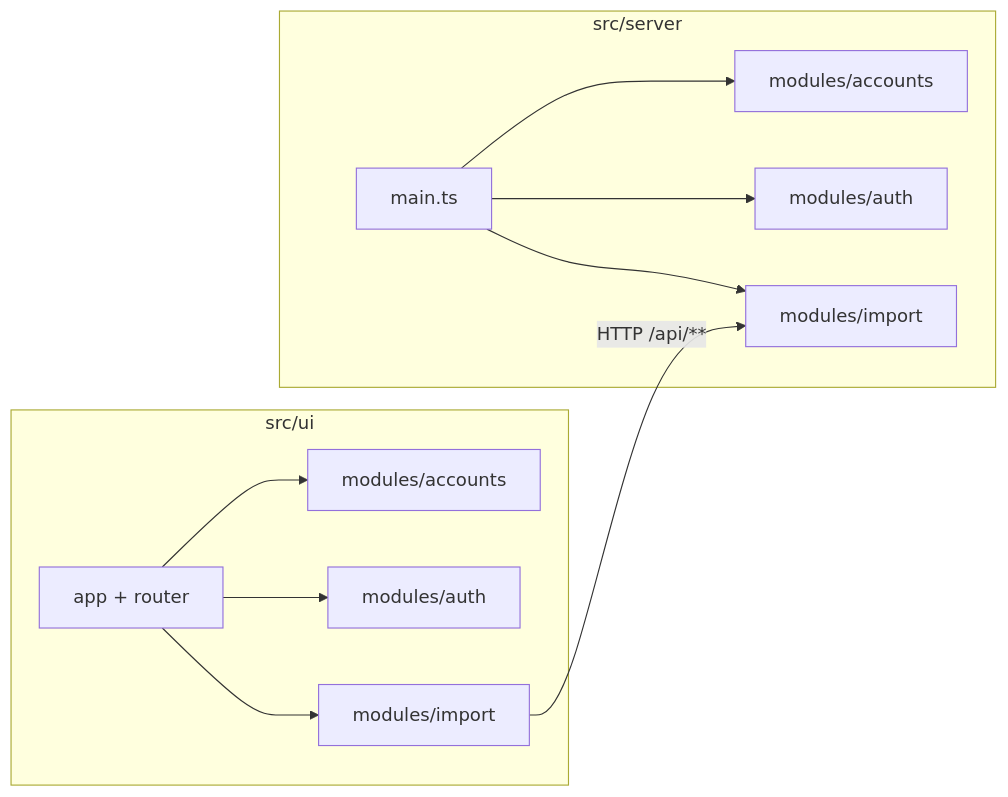
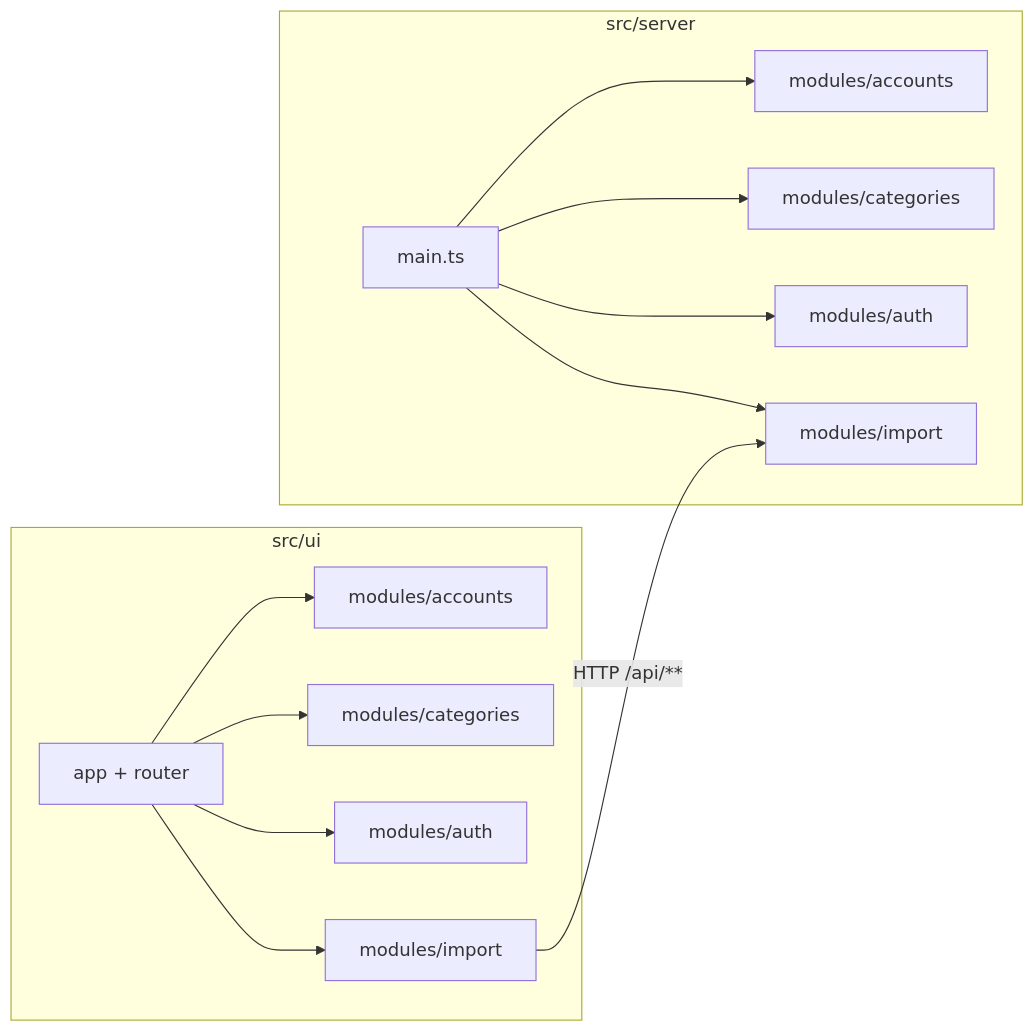
Before and after one commit to omarcovelho/mao-de-vaca: the second of 5 diagrams in docs/ARCHITECTURE.md, drawn with Mermaid. The commit also changed other lines of this file and 4 other files, not shown here.

````diff
--- a/docs/ARCHITECTURE.md
+++ b/docs/ARCHITECTURE.md
@@ -132,22 +137,26 @@
 ```mermaid
 flowchart LR
   subgraph uiLayer [src/ui]
     UIMod0[modules/accounts]
+    UIModCat[modules/categories]
     UIMod1[modules/auth]
     UIMod2[modules/import]
     UIShell[app + router]
   end
   subgraph serverLayer [src/server]
     SrvMod0[modules/accounts]
+    SrvModCat[modules/categories]
     SrvMod1[modules/auth]
     SrvMod2[modules/import]
     SrvMain[main.ts]
   end
   UIMod2 -->|"HTTP /api/**"| SrvMod2
   UIShell --> UIMod0
+  UIShell --> UIModCat
   UIShell --> UIMod1
   UIShell --> UIMod2
   SrvMain --> SrvMod0
+  SrvMain --> SrvModCat
   SrvMain --> SrvMod1
   SrvMain --> SrvMod2
 ```
````
